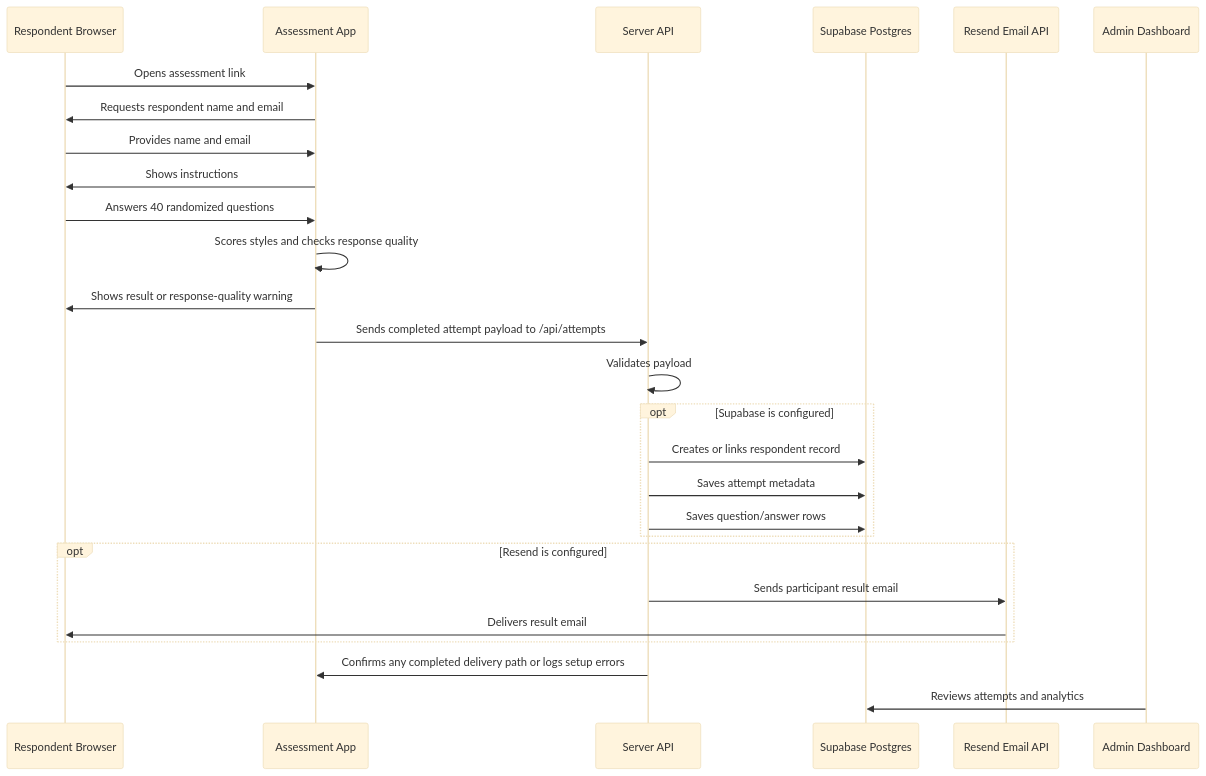
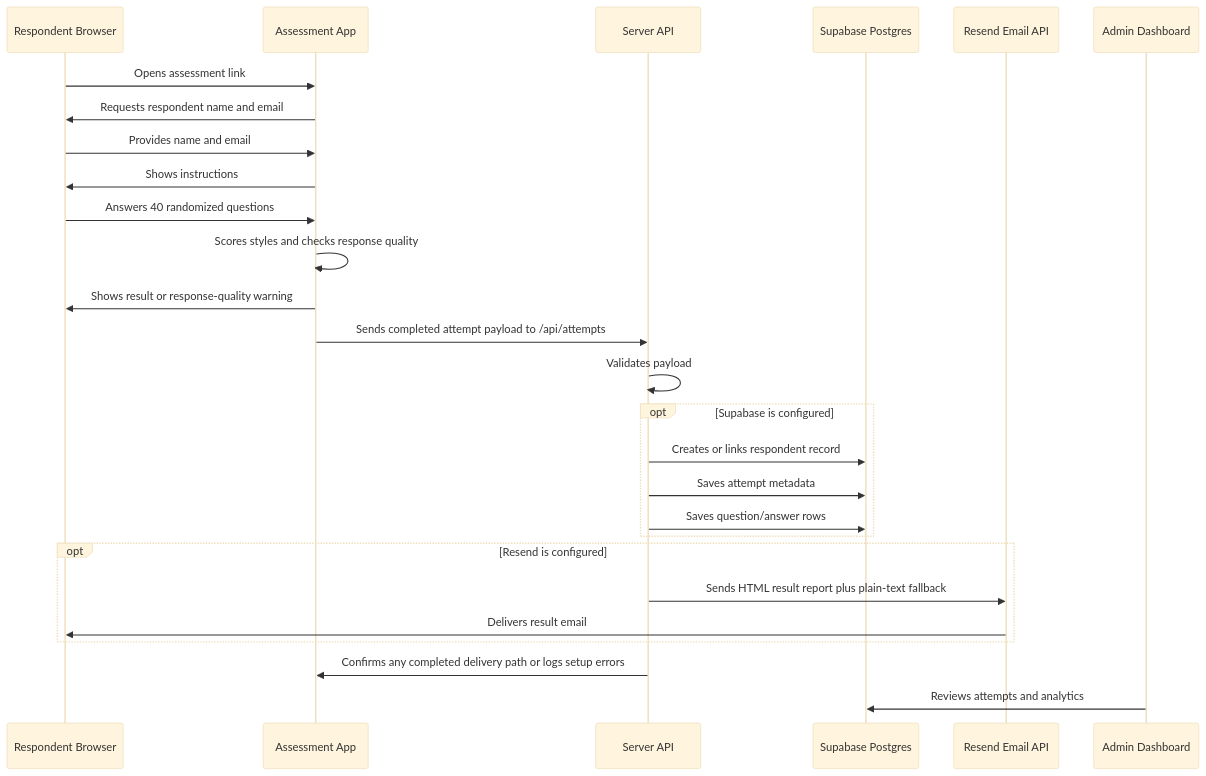
The second of 3 diagrams in ARCHITECTURE_OVERVIEW.md (campojo/2.0_Leadership), drawn with Mermaid (base theme) before and after one commit. The commit also changed other lines of this file and 2 other files, not shown here.

Commit message:
Send branded HTML assessment results

````diff
--- a/ARCHITECTURE_OVERVIEW.md
+++ b/ARCHITECTURE_OVERVIEW.md
@@ -80,30 +80,30 @@
 ```mermaid
 sequenceDiagram
   participant R as Respondent Browser
   participant A as Assessment App
   participant API as Server API
   participant DB as Supabase Postgres
   participant Email as Resend Email API
   participant Admin as Admin Dashboard
 
   R->>A: Opens assessment link
   A->>R: Requests respondent name and email
   R->>A: Provides name and email
   A->>R: Shows instructions
   R->>A: Answers 40 randomized questions
   A->>A: Scores styles and checks response quality
   A->>R: Shows result or response-quality warning
   A->>API: Sends completed attempt payload to /api/attempts
   API->>API: Validates payload
   opt Supabase is configured
     API->>DB: Creates or links respondent record
     API->>DB: Saves attempt metadata
     API->>DB: Saves question/answer rows
   end
   opt Resend is configured
-    API->>Email: Sends participant result email
+    API->>Email: Sends HTML result report plus plain-text fallback
     Email->>R: Delivers result email
   end
   API->>A: Confirms any completed delivery path or logs setup errors
   Admin->>DB: Reviews attempts and analytics
 ```
````
